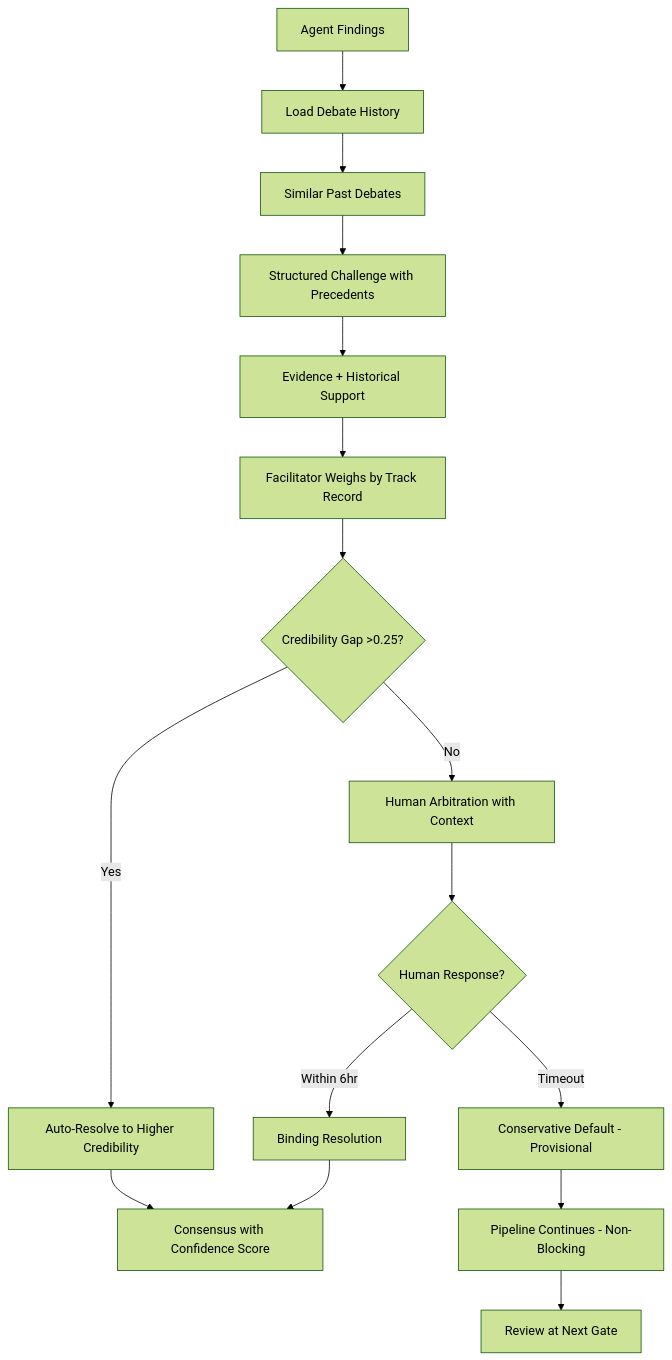
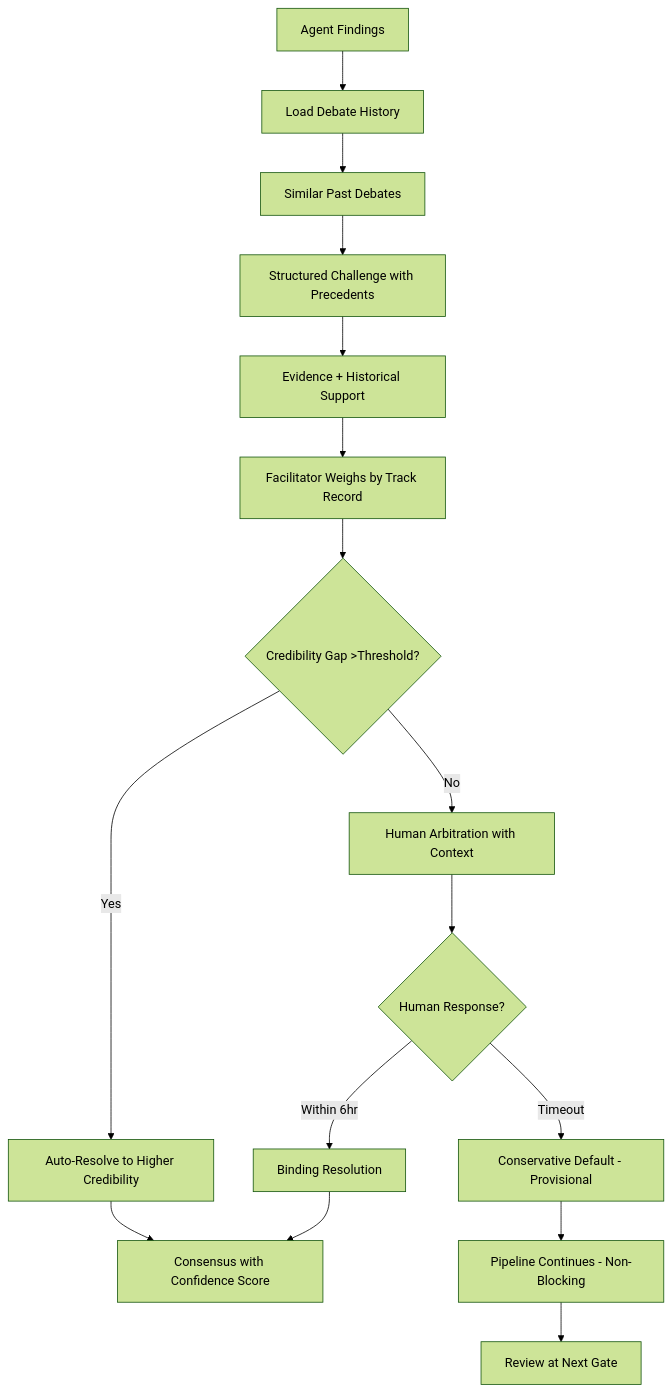
One commit to syz51/fundamental-analysis-system changed the third of 5 diagrams in docs/operations/01-analysis-pipeline.md. Above: the diagram before and after it, drawn with Mermaid (forest theme). The commit also changed other lines of this file and 12 other files, not shown here.

````diff
--- a/docs/operations/01-analysis-pipeline.md
+++ b/docs/operations/01-analysis-pipeline.md
@@ -76,18 +76,18 @@
 ```mermaid
 graph TB
     A[Agent Findings] --> B[Load Debate History]
     B --> C[Similar Past Debates]
     C --> D[Structured Challenge with Precedents]
     D --> E[Evidence + Historical Support]
     E --> F[Facilitator Weighs by Track Record]
-    F --> G{Credibility Gap >0.25?}
+    F --> G{Credibility Gap >Threshold?}
     G -->|Yes| H[Auto-Resolve to Higher Credibility]
     G -->|No| I[Human Arbitration with Context]
     I --> J{Human Response?}
     J -->|Within 6hr| K[Binding Resolution]
     J -->|Timeout| L[Conservative Default - Provisional]
     H --> M[Consensus with Confidence Score]
     K --> M
     L --> N[Pipeline Continues - Non-Blocking]
     N --> O[Review at Next Gate]
 ```
````
